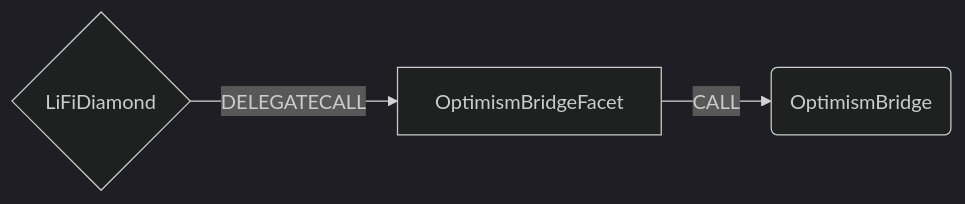
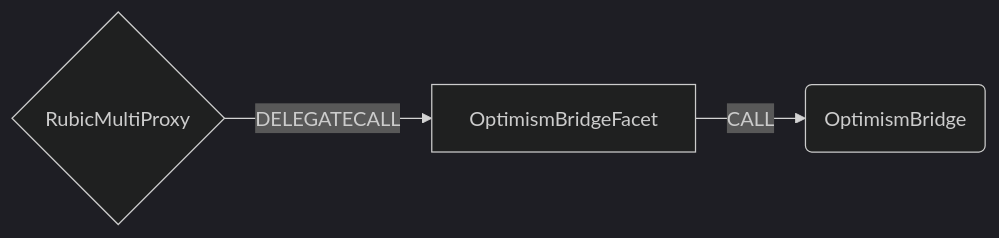
The diagram in docs/OptimismBridgeFacet.md (Cryptorubic/multi-proxy-rubic), drawn with Mermaid (dark theme) before and after one commit. The commit also changed other lines of this file and 82 other files, not shown here.

Commit message:
rename to Rubic and change IRubic.BridgeData.integrator type

````diff
--- a/docs/OptimismBridgeFacet.md
+++ b/docs/OptimismBridgeFacet.md
@@ -7,5 +7,5 @@
 ```mermaid
 graph LR;
-    D{LiFiDiamond}-- DELEGATECALL -->OptimismBridgeFacet;
+    D{RubicMultiProxy}-- DELEGATECALL -->OptimismBridgeFacet;
     OptimismBridgeFacet -- CALL --> O(OptimismBridge)
 ```
````
